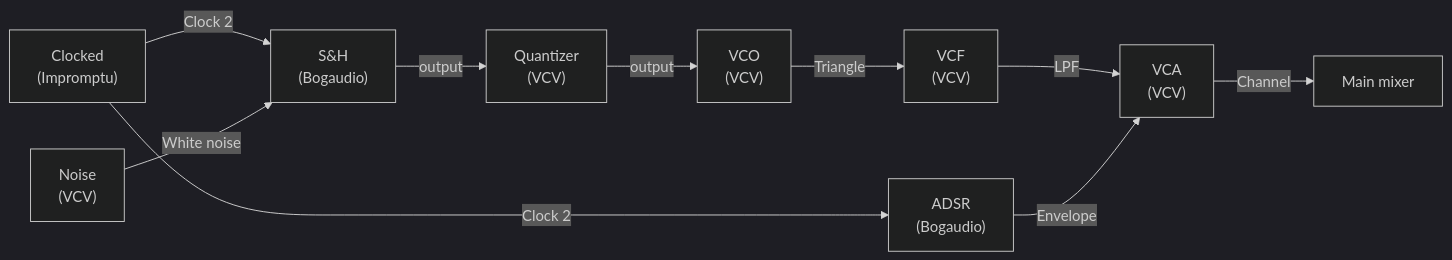
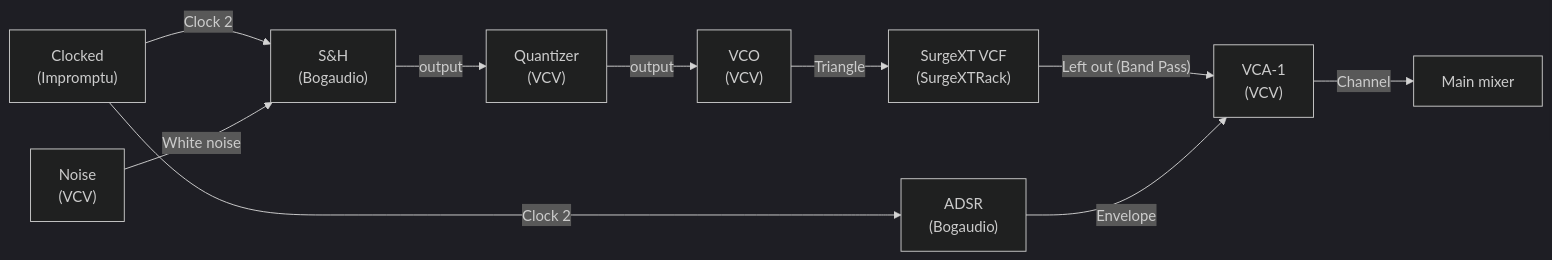
Before and after one commit to Witzman/VCVRack-Doku: the fourth of 6 diagrams in src/slow-psybient.md, drawn with Mermaid (dark theme). The commit also changed other lines of this file and 75 other files, not shown here.

````diff
--- a/src/slow-psybient.md
+++ b/src/slow-psybient.md
@@ -119,12 +121,12 @@
 ```mermaid
 flowchart LR
     CLK["Clocked\n(Impromptu)"] -->|"Clock 2"| BSH["S&H\n(Bogaudio)"]
     NOISE["Noise\n(VCV)"] -->|"White noise"| BSH
     BSH -->|"output"| QUANT["Quantizer\n(VCV)"]
     QUANT -->|"output"| FVCO["VCO\n(VCV)"]
-    FVCO -->|"Triangle"| VCF["VCF\n(VCV)"]
-    VCF -->|"LPF"| VCA["VCA\n(VCV)"]
+    FVCO -->|"Triangle"| VCF["SurgeXT VCF\n(SurgeXTRack)"]
+    VCF -->|"Left out (Band Pass)"| VCA["VCA-1\n(VCV)"]
     FADSR["ADSR\n(Bogaudio)"] -->|"Envelope"| VCA
     CLK -->|"Clock 2"| FADSR
     VCA -->|"Channel"| MAIN["Main mixer"]
 ```
````
